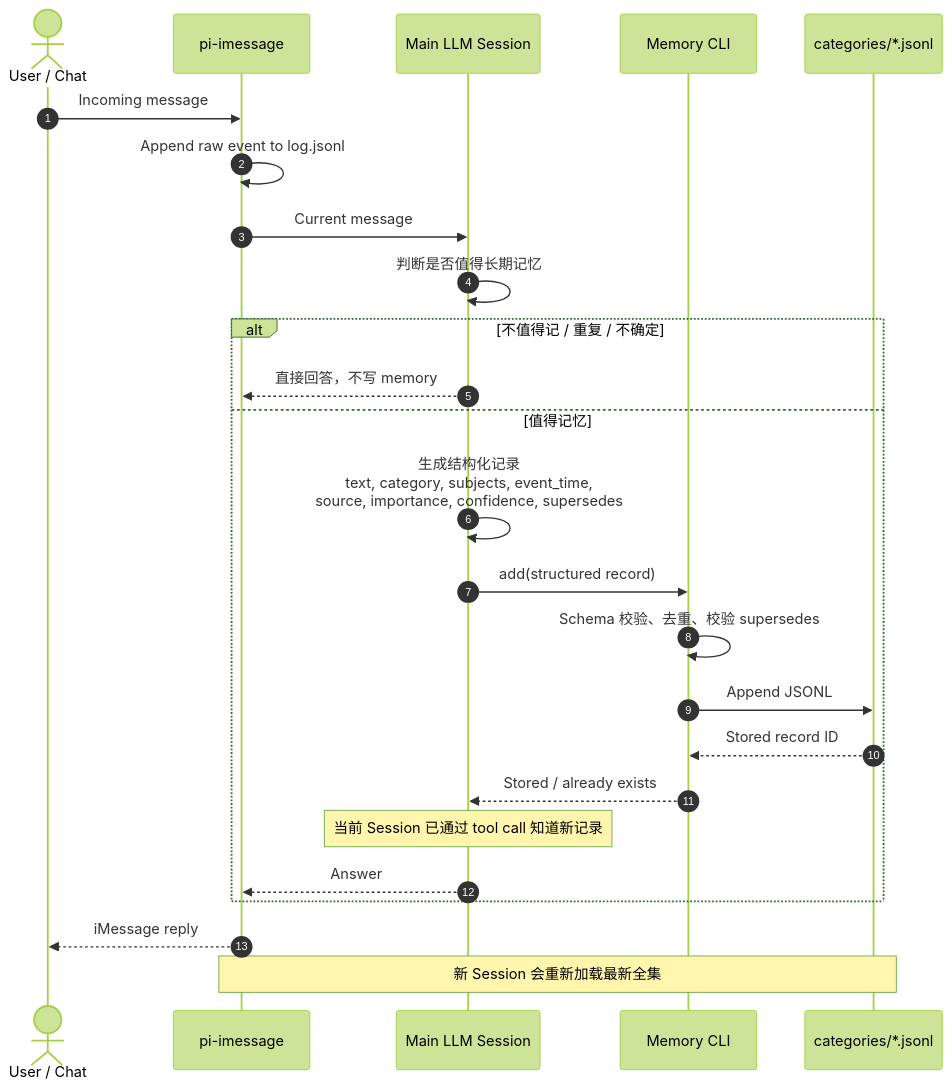
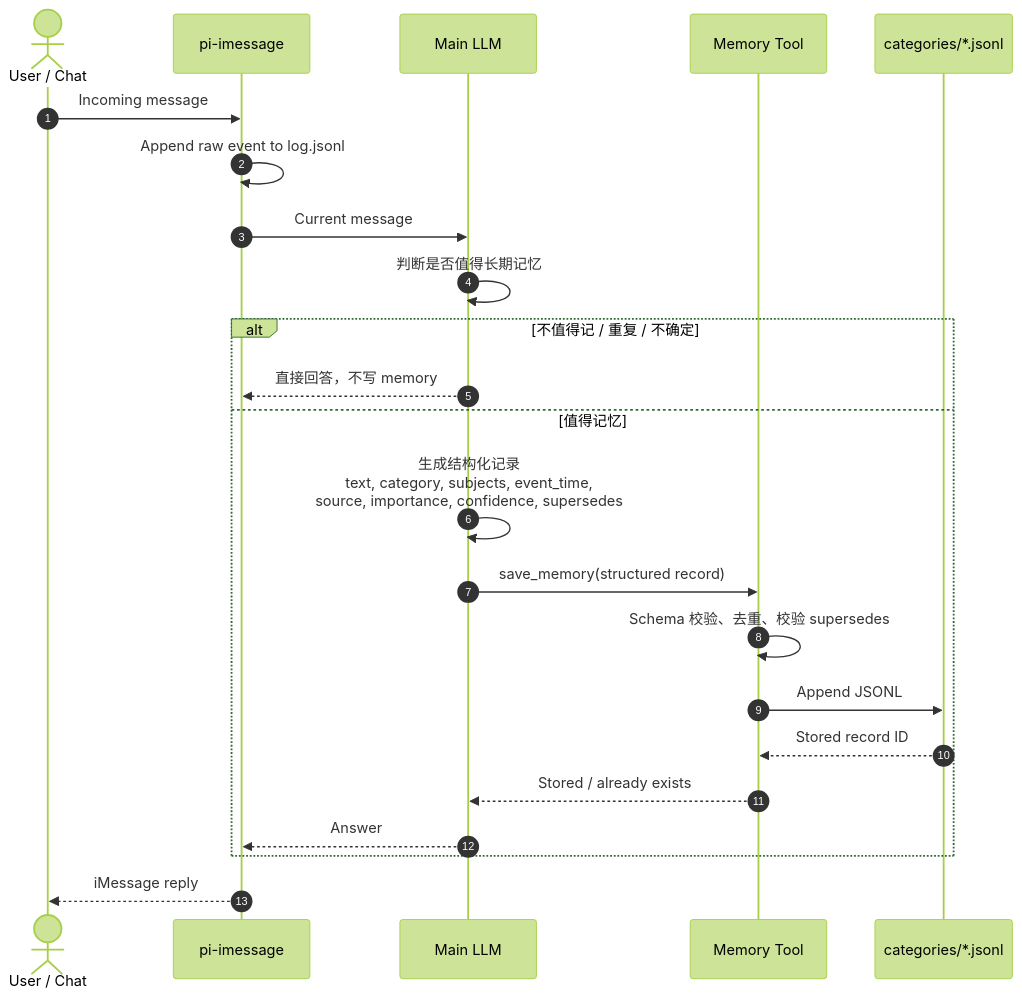
The second of 2 diagrams in docs/structured-memory-sequence.md (daya0576/pi-imessage), drawn with Mermaid (forest theme) before and after one commit. The commit also changed other lines of this file, not shown here.

Commit message:
docs: use LLM-driven category loading flow

````diff
--- a/docs/structured-memory-sequence.md
+++ b/docs/structured-memory-sequence.md
@@ -32,30 +37,28 @@
 ```mermaid
 sequenceDiagram
     autonumber
     actor U as User / Chat
     participant P as pi-imessage
-    participant A as Main LLM Session
-    participant C as Memory CLI
+    participant A as Main LLM
+    participant M as Memory Tool
     participant S as categories/*.jsonl
 
     U->>P: Incoming message
     P->>P: Append raw event to log.jsonl
     P->>A: Current message
     A->>A: 判断是否值得长期记忆
 
     alt 不值得记 / 重复 / 不确定
         A-->>P: 直接回答，不写 memory
     else 值得记忆
         A->>A: 生成结构化记录<br/>text, category, subjects, event_time,<br/>source, importance, confidence, supersedes
-        A->>C: add(structured record)
-        C->>C: Schema 校验、去重、校验 supersedes
-        C->>S: Append JSONL
-        S-->>C: Stored record ID
-        C-->>A: Stored / already exists
-        Note over A: 当前 Session 已通过 tool call 知道新记录
+        A->>M: save_memory(structured record)
+        M->>M: Schema 校验、去重、校验 supersedes
+        M->>S: Append JSONL
+        S-->>M: Stored record ID
+        M-->>A: Stored / already exists
         A-->>P: Answer
     end
 
     P-->>U: iMessage reply
-    Note over P,S: 新 Session 会重新加载最新全集
 ```
````
